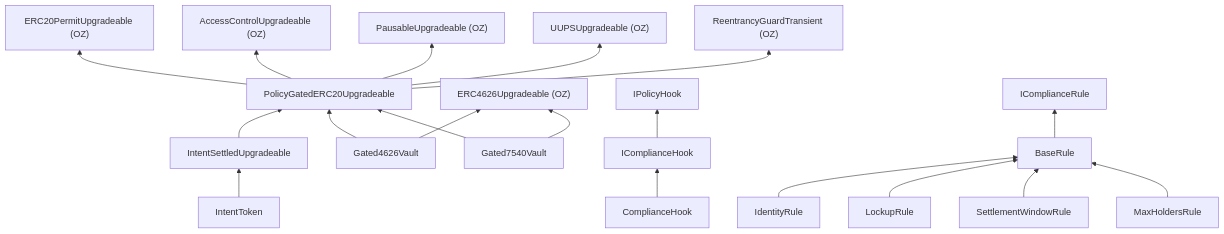
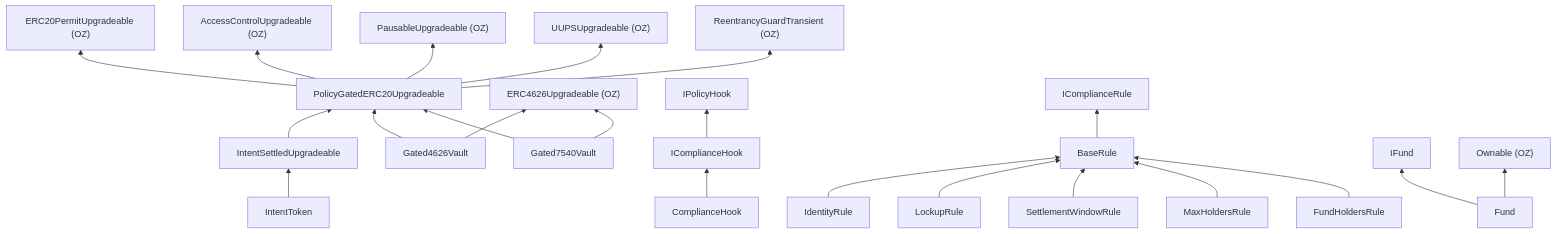
One commit to fepvenancio/rwa-token changed the third of 3 diagrams in docs/architecture.md. Above: the diagram before and after it, drawn with Mermaid. The commit also changed other lines of this file and 29 other files, not shown here.

````diff
--- a/docs/architecture.md
+++ b/docs/architecture.md
@@ -95,21 +100,24 @@
 ```mermaid
 flowchart BT
   IT["IntentToken"] --> ISU["IntentSettledUpgradeable"]
   ISU --> PG["PolicyGatedERC20Upgradeable"]
   V4["Gated4626Vault"] --> PG
   V4 --> E4["ERC4626Upgradeable (OZ)"]
   V7["Gated7540Vault"] --> PG
   V7 --> E4
   PG --> P1["ERC20PermitUpgradeable (OZ)"]
   PG --> P2["AccessControlUpgradeable (OZ)"]
   PG --> P3["PausableUpgradeable (OZ)"]
   PG --> P4["UUPSUpgradeable (OZ)"]
   PG --> P5["ReentrancyGuardTransient (OZ)"]
   CH["ComplianceHook"] --> ICH["IComplianceHook"]
   ICH --> IPH["IPolicyHook"]
   IdR["IdentityRule"] --> BR["BaseRule"]
   LR["LockupRule"] --> BR
   SW["SettlementWindowRule"] --> BR
   MH["MaxHoldersRule"] --> BR
+  FH["FundHoldersRule"] --> BR
   BR --> ICR["IComplianceRule"]
+  FU["Fund"] --> IFU["IFund"]
+  FU --> OWN["Ownable (OZ)"]
 ```
````
